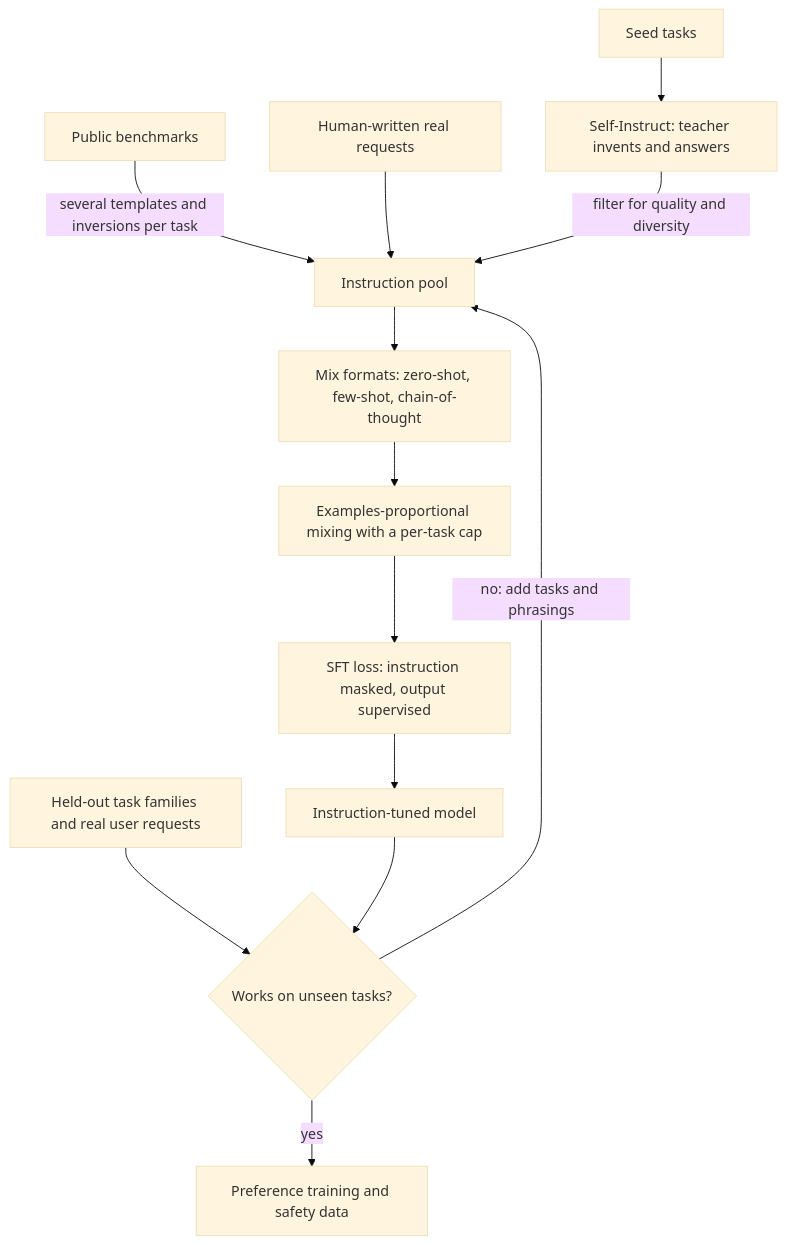
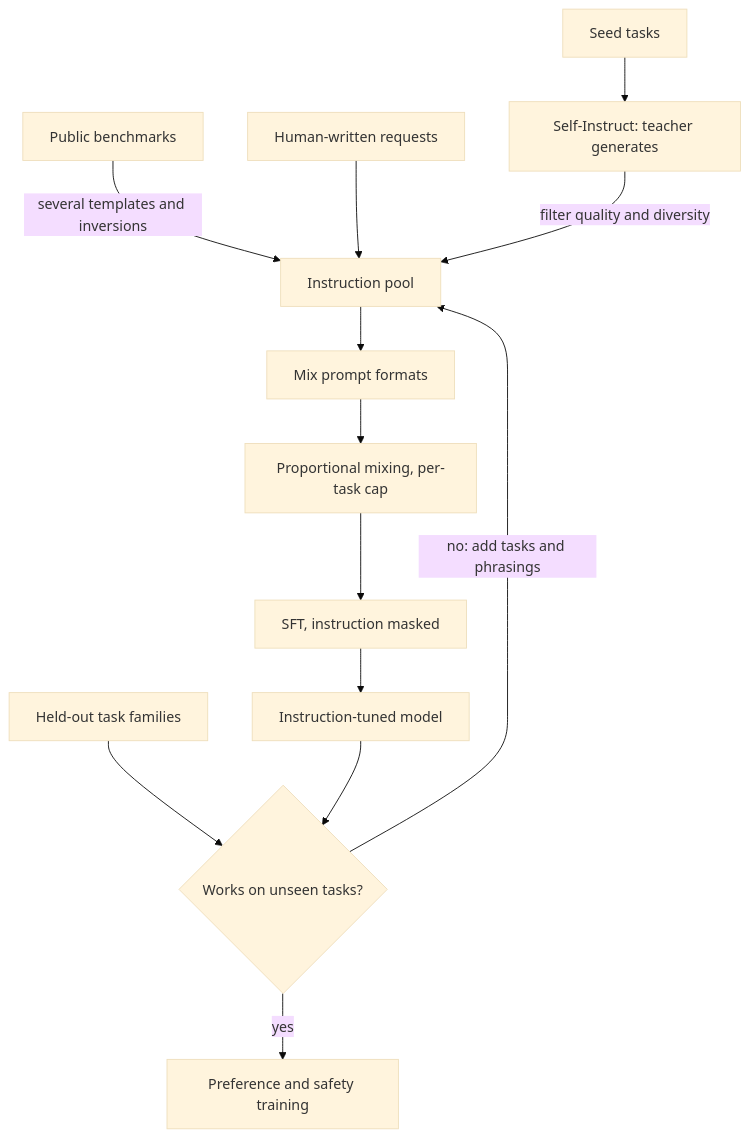
Before and after one commit to lovishmahajan97/agentic-learning: the diagram in content/training-adaptation/instruction-tuning.md, drawn with Mermaid (base theme). The commit also changed other lines of this file and 278 other files, not shown here.

````diff
--- a/content/training-adaptation/instruction-tuning.md
+++ b/content/training-adaptation/instruction-tuning.md
@@ -108,15 +109,15 @@
 ```mermaid
 flowchart TD
-    BM["Public benchmarks"] -->|"several templates and inversions per task"| P["Instruction pool"]
-    HW["Human-written real requests"] --> P
-    SD["Seed tasks"] --> SI["Self-Instruct: teacher invents and answers"]
-    SI -->|"filter for quality and diversity"| P
-    P --> MX["Mix formats: zero-shot, few-shot, chain-of-thought"]
-    MX --> CAP["Examples-proportional mixing with a per-task cap"]
-    CAP --> SFT["SFT loss: instruction masked, output supervised"]
+    BM["Public benchmarks"] -->|"several templates and inversions"| P["Instruction pool"]
+    HW["Human-written requests"] --> P
+    SD["Seed tasks"] --> SI["Self-Instruct: teacher generates"]
+    SI -->|"filter quality and diversity"| P
+    P --> MX["Mix prompt formats"]
+    MX --> CAP["Proportional mixing, per-task cap"]
+    CAP --> SFT["SFT, instruction masked"]
     SFT --> IT["Instruction-tuned model"]
-    HO["Held-out task families and real user requests"] --> EV{"Works on unseen tasks?"}
+    HO["Held-out task families"] --> EV{"Works on unseen tasks?"}
     IT --> EV
     EV -->|"no: add tasks and phrasings"| P
-    EV -->|"yes"| NX["Preference training and safety data"]
+    EV -->|"yes"| NX["Preference and safety training"]
 ```
````
